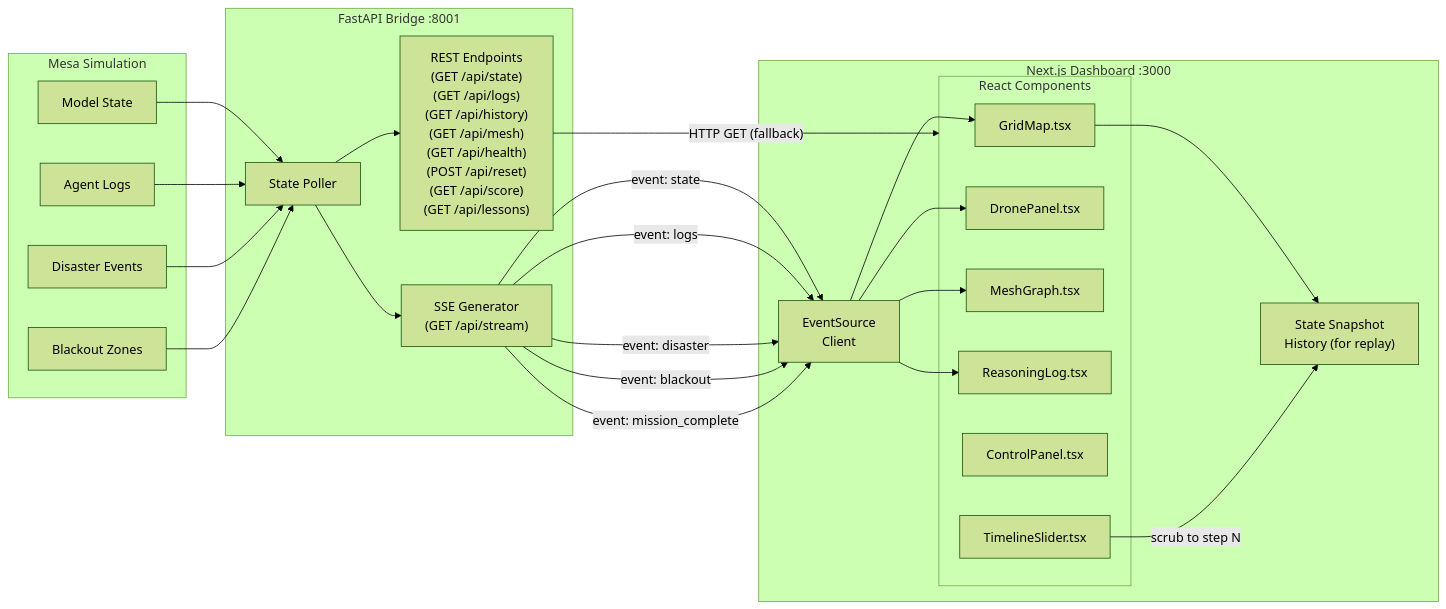
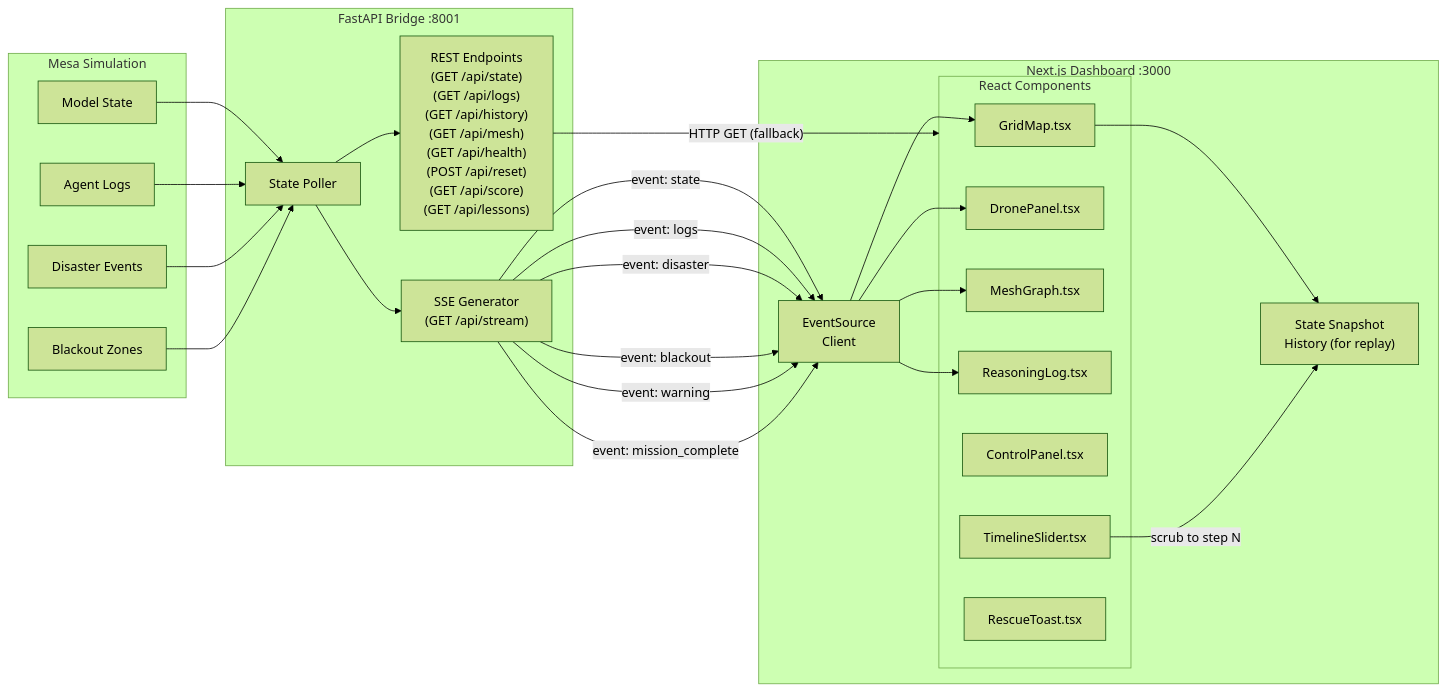
One commit to Andersonnn7788/drone-agents changed the eighth of 11 diagrams in architecture.md. Above: the diagram before and after it, drawn with Mermaid (forest theme). The commit also changed other lines of this file and 20 other files, not shown here.

Commit message:
fix all the bugs and update readme and architecture

````diff
--- a/architecture.md
+++ b/architecture.md
@@ -309,52 +312,54 @@
 ```mermaid
 flowchart LR
     subgraph Mesa["Mesa Simulation"]
         MS[Model State]
         AL[Agent Logs]
         DE[Disaster Events]
         BZ[Blackout Zones]
     end
 
     subgraph Bridge["FastAPI Bridge :8001"]
         POLL["State Poller"]
         SSE_GEN["SSE Generator<br>(GET /api/stream)"]
         REST_EP["REST Endpoints<br>(GET /api/state)<br>(GET /api/logs)<br>(GET /api/history)<br>(GET /api/mesh)<br>(GET /api/health)<br>(POST /api/reset)<br>(GET /api/score)<br>(GET /api/lessons)"]
     end
 
     subgraph Dashboard["Next.js Dashboard :3000"]
         EVS["EventSource<br>Client"]
         subgraph Components["React Components"]
             GM[GridMap.tsx]
             DP[DronePanel.tsx]
             MG[MeshGraph.tsx]
             RL[ReasoningLog.tsx]
             CP[ControlPanel.tsx]
             TS[TimelineSlider.tsx]
+            RT[RescueToast.tsx]
         end
         SNAP["State Snapshot<br>History (for replay)"]
     end
 
     MS --> POLL
     AL --> POLL
     DE --> POLL
     BZ --> POLL
 
     POLL --> SSE_GEN
     POLL --> REST_EP
 
     SSE_GEN -->|"event: state"| EVS
     SSE_GEN -->|"event: logs"| EVS
     SSE_GEN -->|"event: disaster"| EVS
     SSE_GEN -->|"event: blackout"| EVS
+    SSE_GEN -->|"event: warning"| EVS
     SSE_GEN -->|"event: mission_complete"| EVS
 
     REST_EP -->|"HTTP GET (fallback)"| Components
 
     EVS --> GM
     EVS --> DP
     EVS --> MG
     EVS --> RL
 
     GM --> SNAP
     TS -->|"scrub to step N"| SNAP
 ```
````
